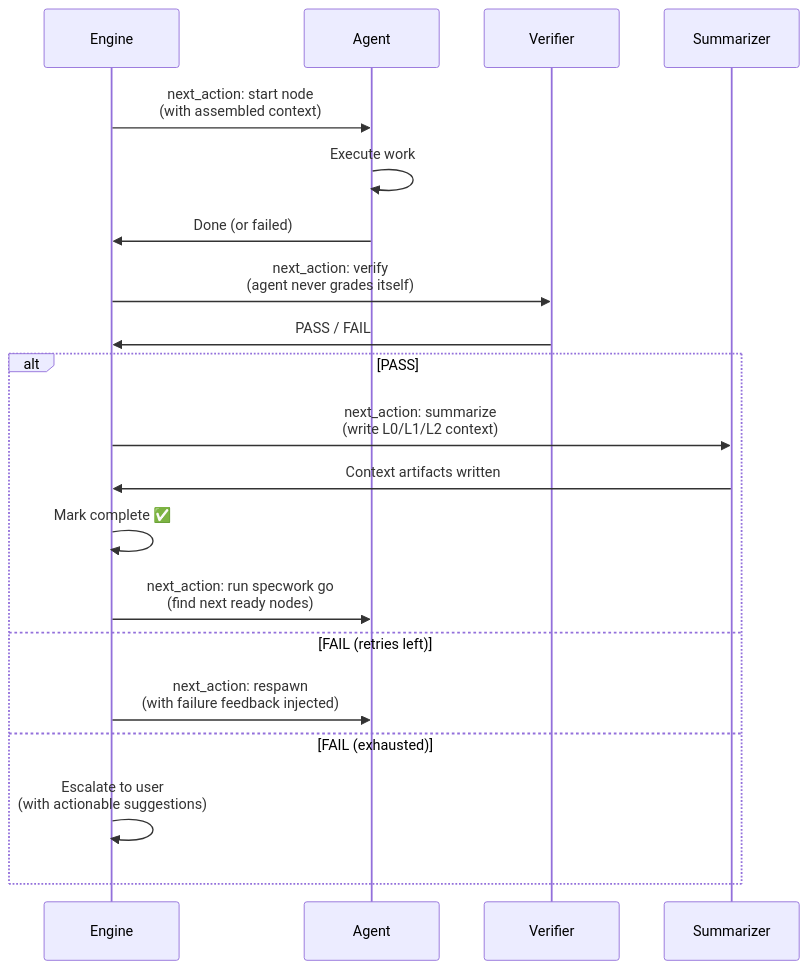
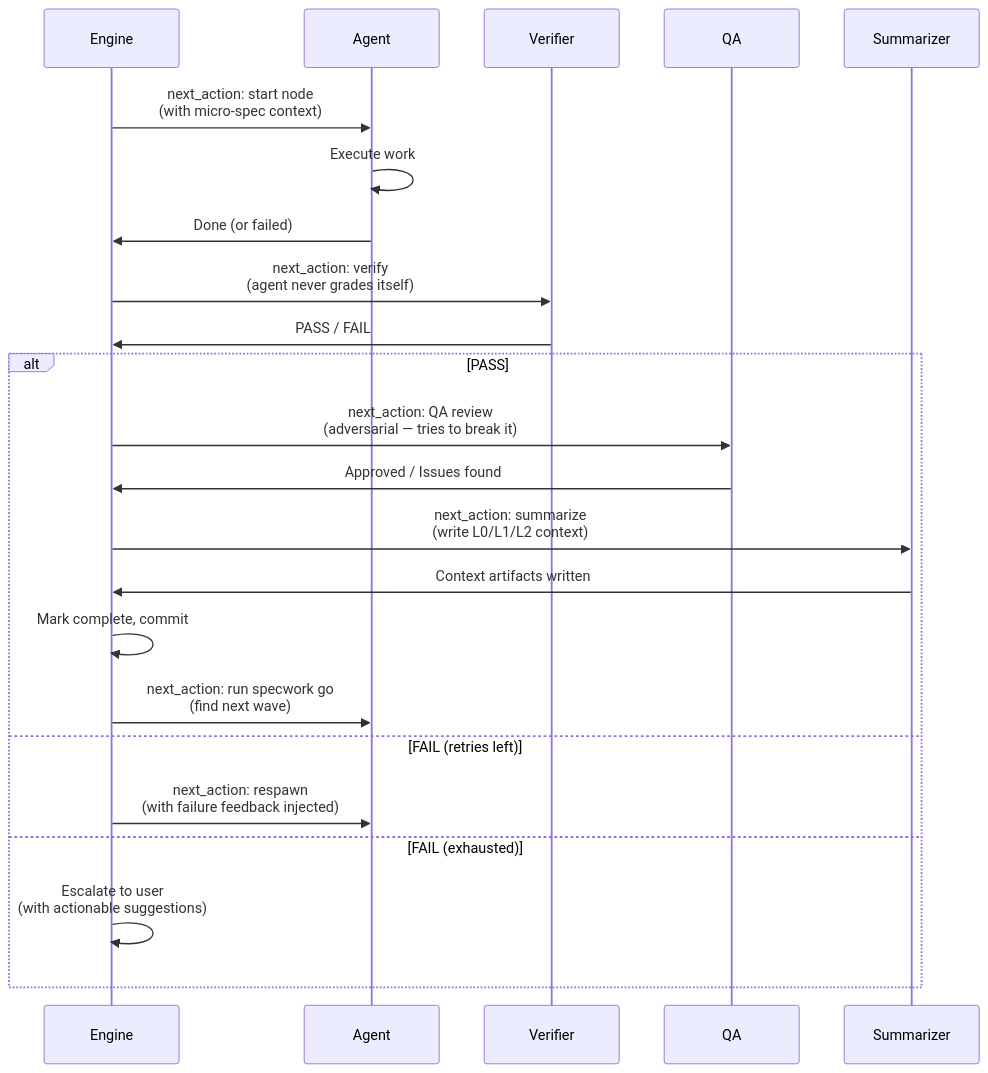
One commit to pupubird/specwork changed the third of 4 diagrams in README.md. Above: the diagram before and after it, drawn with Mermaid. The commit also changed other lines of this file and 9 other files, not shown here.

````diff
--- a/README.md
+++ b/README.md
@@ -124,24 +152,27 @@
 ```mermaid
 sequenceDiagram
     participant E as Engine
     participant A as Agent
     participant V as Verifier
+    participant Q as QA
     participant S as Summarizer
 
-    E->>A: next_action: start node<br/>(with assembled context)
+    E->>A: next_action: start node<br/>(with micro-spec context)
     A->>A: Execute work
     A->>E: Done (or failed)
     E->>V: next_action: verify<br/>(agent never grades itself)
     V->>E: PASS / FAIL
 
     alt PASS
+        E->>Q: next_action: QA review<br/>(adversarial — tries to break it)
+        Q->>E: Approved / Issues found
         E->>S: next_action: summarize<br/>(write L0/L1/L2 context)
         S->>E: Context artifacts written
-        E->>E: Mark complete ✅
-        E->>A: next_action: run specwork go<br/>(find next ready nodes)
+        E->>E: Mark complete, commit
+        E->>A: next_action: run specwork go<br/>(find next wave)
     else FAIL (retries left)
         E->>A: next_action: respawn<br/>(with failure feedback injected)
     else FAIL (exhausted)
         E->>E: Escalate to user<br/>(with actionable suggestions)
     end
 ```
````
